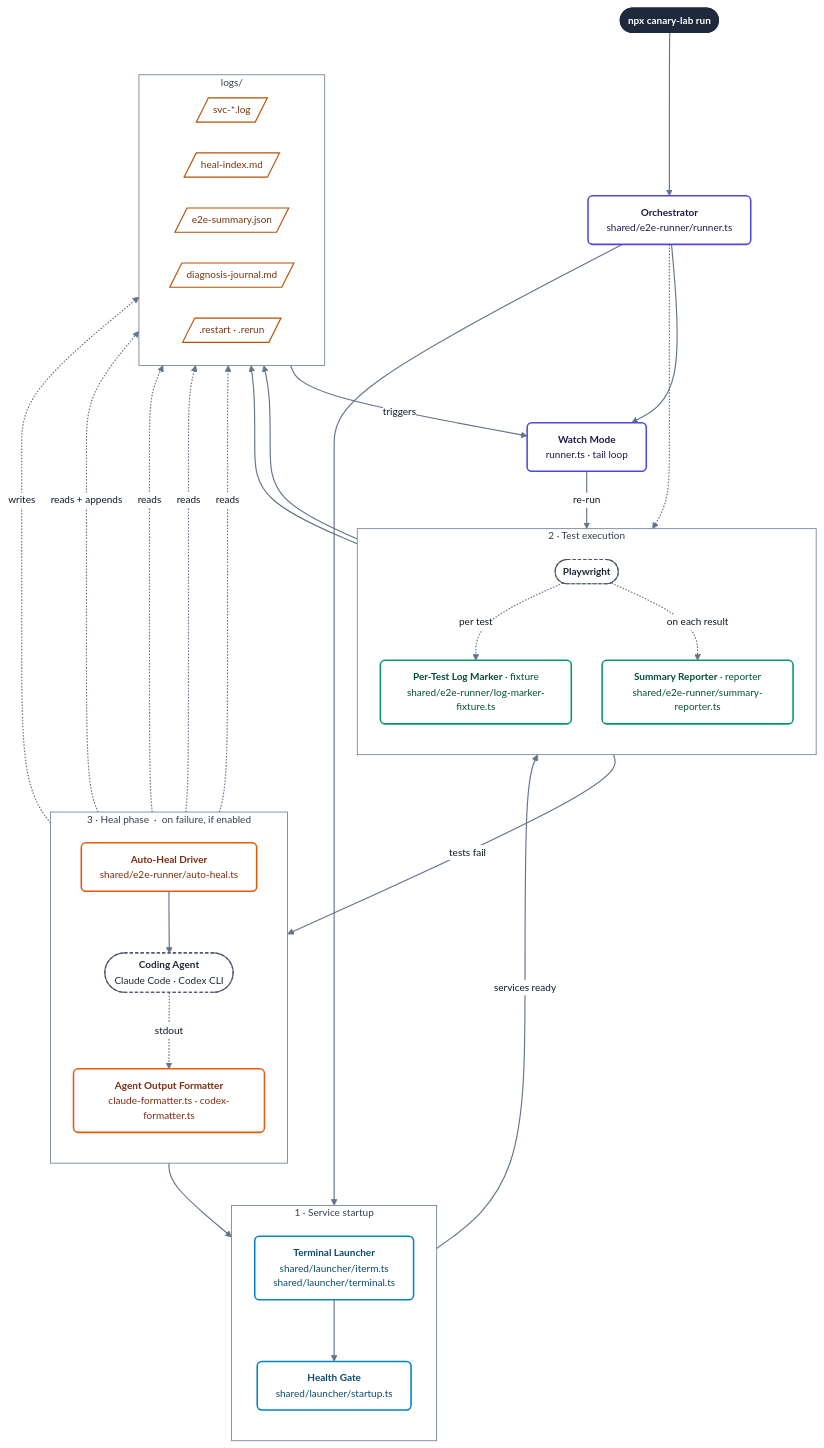
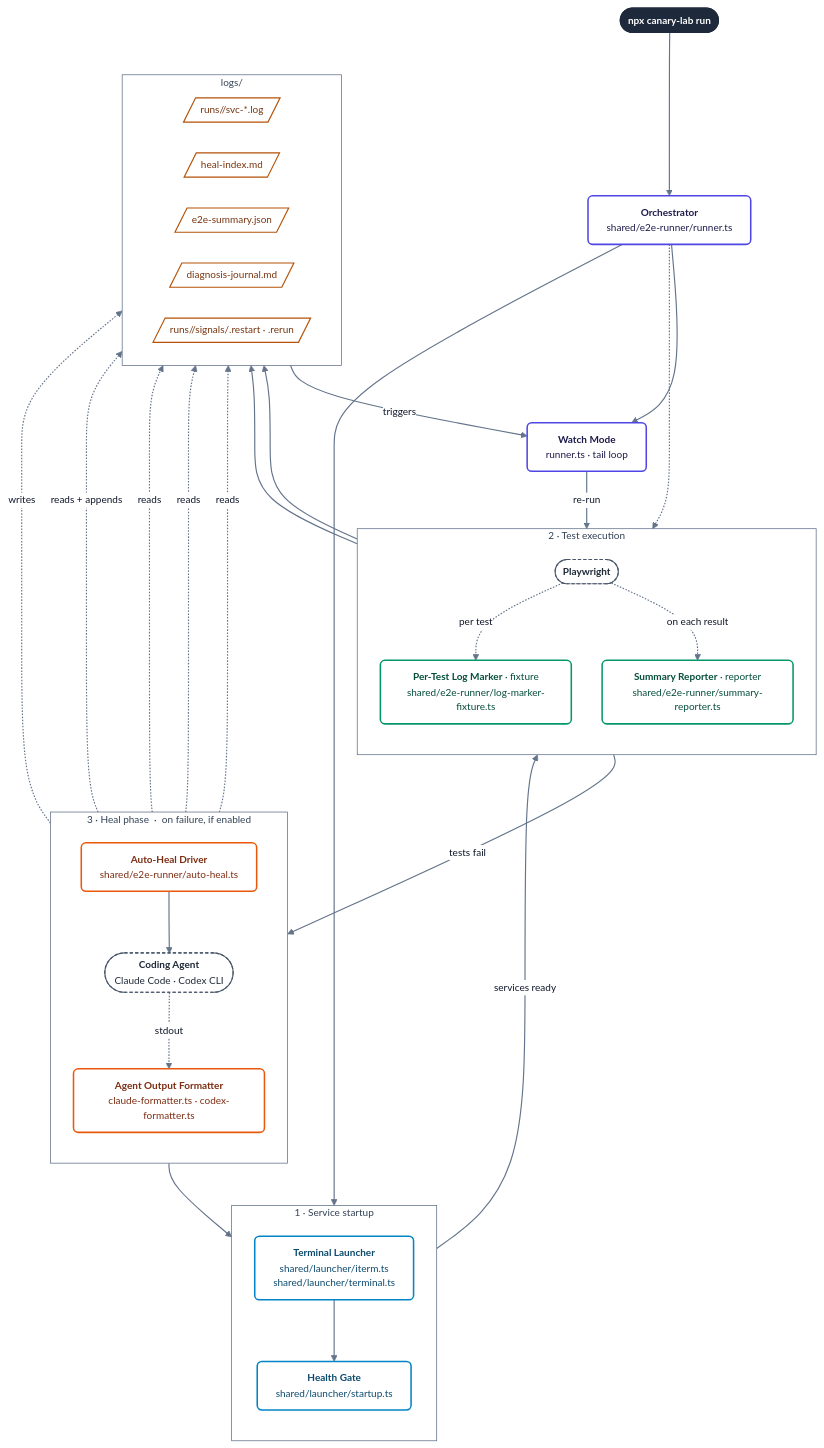
The second of 2 diagrams in README.md (ferterahadi/canary-lab), drawn with Mermaid before and after one commit. The commit also changed other lines of this file and 63 other files, not shown here.

```diff
--- a/README.md
+++ b/README.md
@@ -266,11 +266,11 @@
 
     subgraph artifacts["&nbsp;logs/&nbsp;"]
         direction LR
-        svclog[/"svc-*.log"/]:::artifact
+        svclog[/"runs/<runId>/svc-*.log"/]:::artifact
         healindex[/"heal-index.md"/]:::artifact
         summaryjson[/"e2e-summary.json"/]:::artifact
         journal[/"diagnosis-journal.md"/]:::artifact
-        signals[/".restart · .rerun"/]:::artifact
+        signals[/"runs/<runId>/signals/.restart · .rerun"/]:::artifact
     end
 
     watcher["<b>Watch Mode</b><br/>runner.ts · tail loop"]:::core
```
